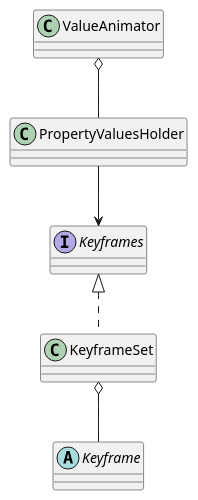
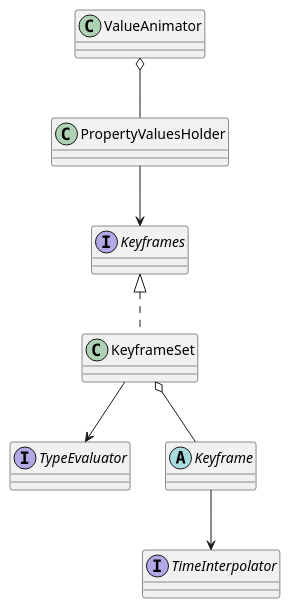
One commit to hyhdy/android-animation changed the diagram in app/src/main/java/com/hyh/android_animation/propertyAnimator/valueAnimatorRely.puml. Above: the diagram before and after it, drawn with PlantUML. The commit also changed 8 other files, not shown here.

```diff
--- a/app/src/main/java/com/hyh/android_animation/propertyAnimator/valueAnimatorRely.puml
+++ b/app/src/main/java/com/hyh/android_animation/propertyAnimator/valueAnimatorRely.puml
@@ -1,14 +1,17 @@
 @startuml
 
 class ValueAnimator
 class PropertyValuesHolder
 interface Keyframes
+interface TypeEvaluator
+interface TimeInterpolator
 class KeyframeSet
 abstract class Keyframe
 
 ValueAnimator o-- PropertyValuesHolder
 PropertyValuesHolder --> Keyframes
 Keyframes <|.. KeyframeSet
+KeyframeSet --> TypeEvaluator
 KeyframeSet o-- Keyframe
-
+Keyframe --> TimeInterpolator
 @enduml
```
